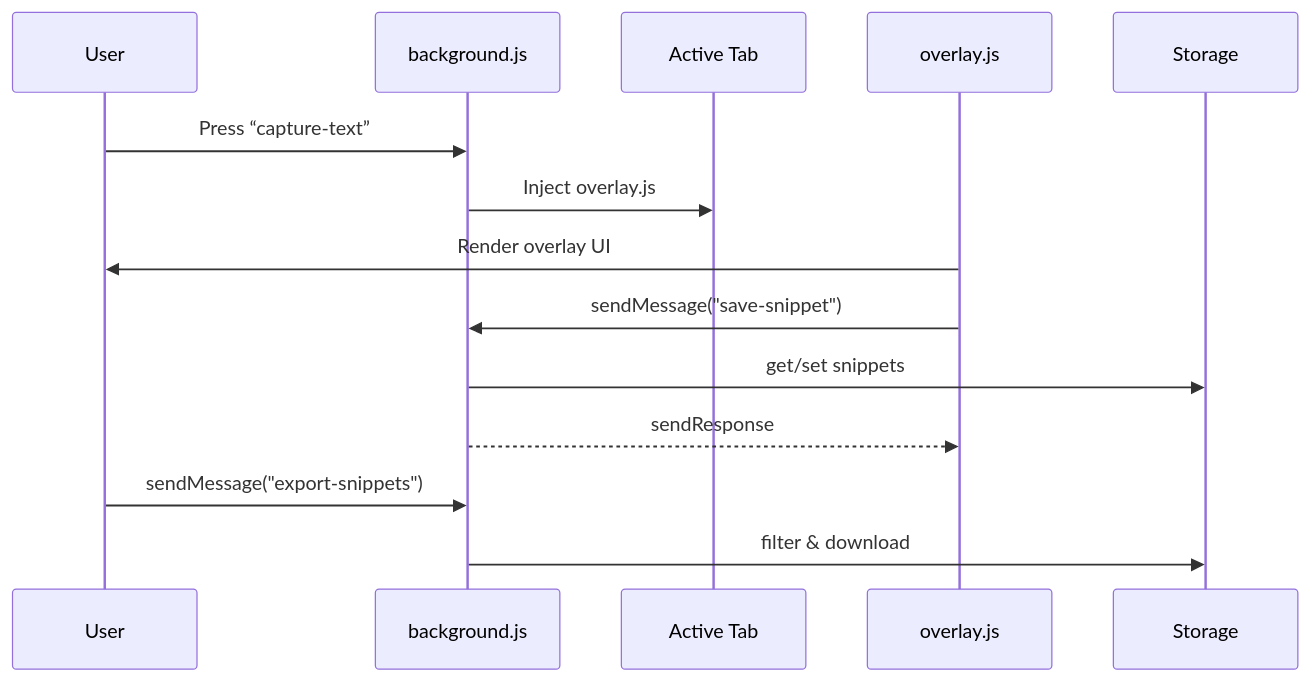
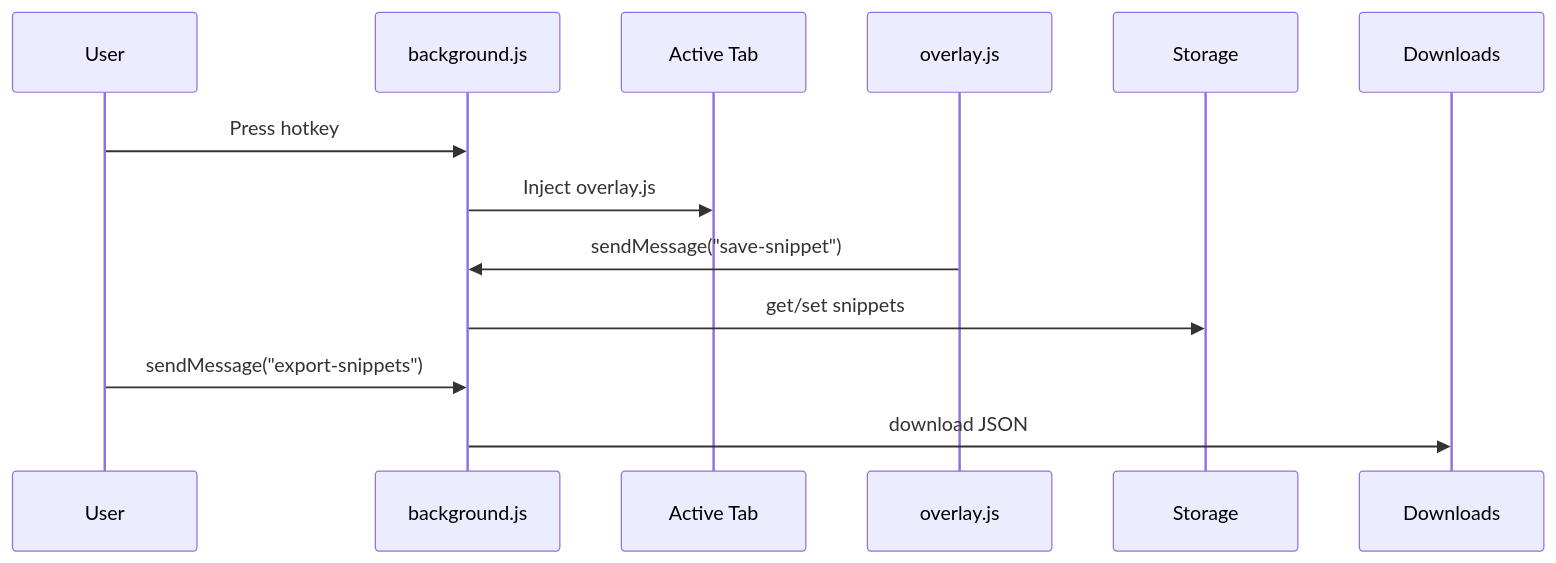
Before and after one commit to Samuel3434/pdf-hotkey-extension: the diagram in DOCUMENTAION.md, drawn with Mermaid. The commit also changed other lines of this file, not shown here.

````diff
--- a/DOCUMENTAION.md
+++ b/DOCUMENTAION.md
@@ -64,17 +123,13 @@
 ```mermaid
 sequenceDiagram
-    participant U as User
-    participant B as background.js
-    participant T as Active Tab
-    participant O as overlay.js
-    participant S as Storage
-
-    U->>B: Press “capture-text”
-    B->>T: Inject overlay.js
-    O->>U: Render overlay UI
-    O->>B: sendMessage("save-snippet")
-    B->>S: get/set snippets
-    B-->>O: sendResponse
-    U->>B: sendMessage("export-snippets")
-    B->>S: filter & download
+  participant U as User
+  participant B as background.js
+  participant T as Active Tab
+  participant O as overlay.js
+  U->>B: Press hotkey
+  B->>T: Inject overlay.js
+  O->>B: sendMessage("save-snippet")
+  B->>Storage: get/set snippets
+  U->>B: sendMessage("export-snippets")
+  B->>Downloads: download JSON
 ```
````
